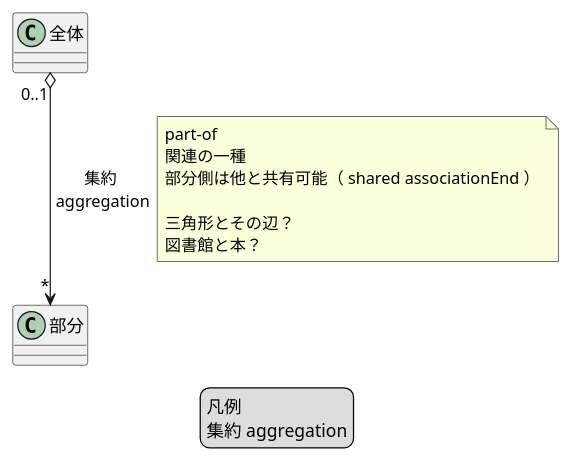
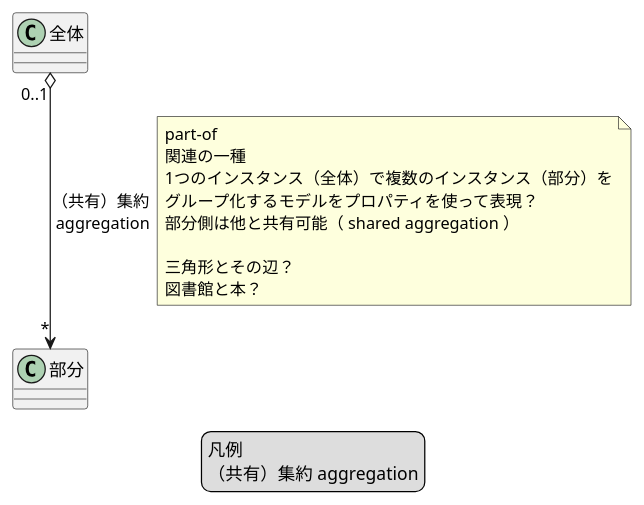
Before and after one commit to peregrin8alde/learn-ossdb-gold: the diagram in site/content/ja/docs/Appendix/uml/class/puml/legend/classe-legend-aggregation.puml, drawn with PlantUML. The commit also changed 5 other files, not shown here.

```diff
--- a/site/content/ja/docs/Appendix/uml/class/puml/legend/classe-legend-aggregation.puml
+++ b/site/content/ja/docs/Appendix/uml/class/puml/legend/classe-legend-aggregation.puml
@@ -1,22 +1,28 @@
 @startuml
 /'
-"全体" "0..1" o--> "*" "部分" : "集約\n aggregation"
+"全体" "0..1" o--> "*" "部分" : "（共有）集約\n aggregation"
 '/
 legend
 凡例
-集約 aggregation
+（共有）集約 aggregation
 endlegend
 
+/'
+Sometimes a Property is used to model circumstances in which one instance is used to group together a set of instances; 
+this is called aggregation.
+'/
 
-"全体" "0..1" o--> "*" "部分" : "集約\n aggregation"
+"全体" "0..1" o--> "*" "部分" : "（共有）集約\n aggregation"
 note right on link
 part-of
 関連の一種
-部分側は他と共有可能（ shared associationEnd ）
+1つのインスタンス（全体）で複数のインスタンス（部分）を
+グループ化するモデルをプロパティを使って表現？
+部分側は他と共有可能（ shared aggregation ）
 
 三角形とその辺？
 図書館と本？
 end note
 
 
 @enduml
```
